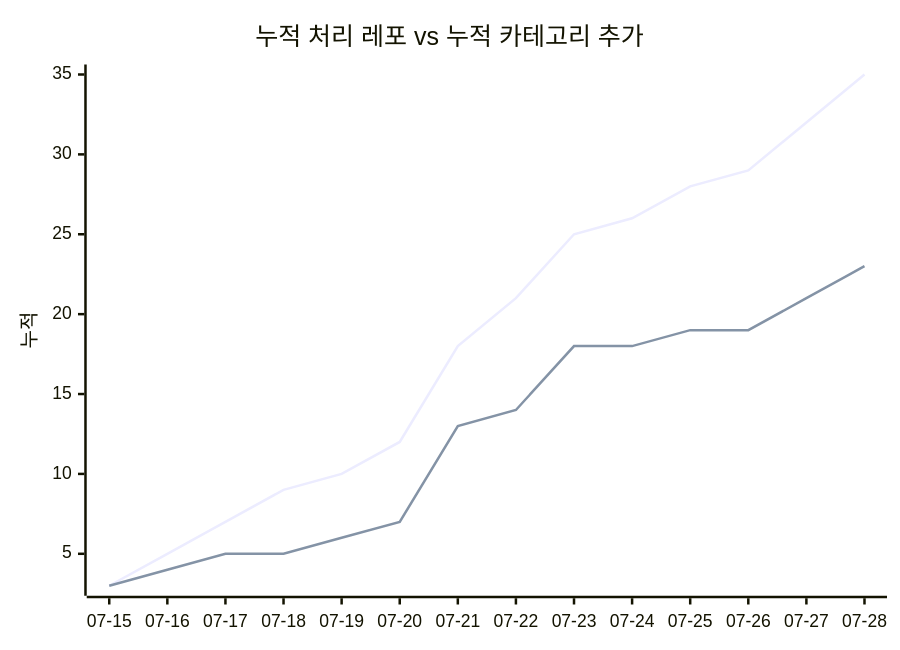
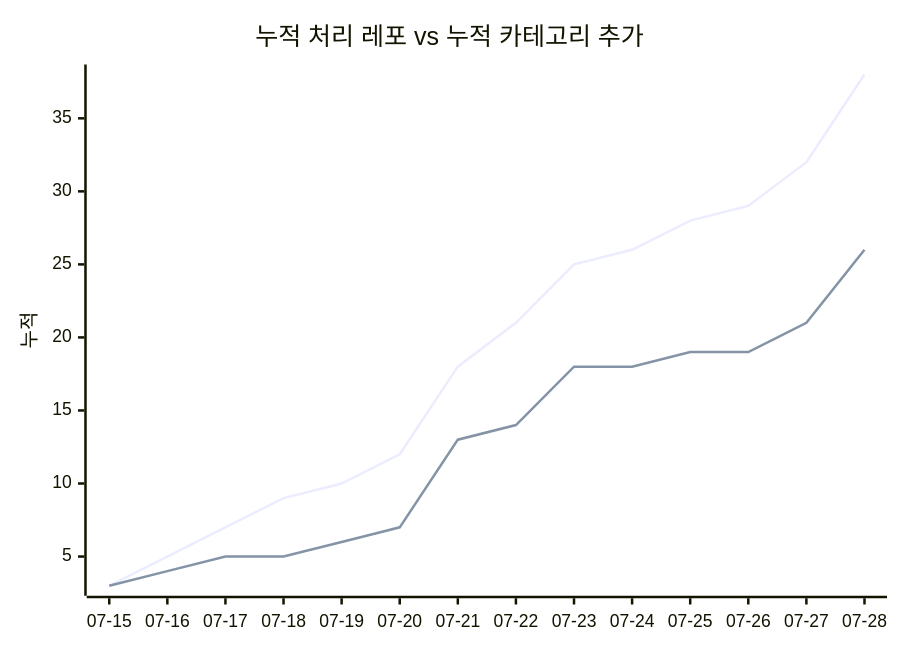
Before and after one commit to J-nowcow/awesome-korean-agent-skills: the second of 2 diagrams in docs/trends.md, drawn with Mermaid. The commit also changed other lines of this file and 6 other files, not shown here.

````diff
--- a/docs/trends.md
+++ b/docs/trends.md
@@ -68,8 +68,8 @@
 ```mermaid
 xychart-beta
     title "누적 처리 레포 vs 누적 카테고리 추가"
     x-axis ["07-15","07-16","07-17","07-18","07-19","07-20","07-21","07-22","07-23","07-24","07-25","07-26","07-27","07-28"]
     y-axis "누적"
-    line [3,5,7,9,10,12,18,21,25,26,28,29,32,35]
-    line [3,4,5,5,6,7,13,14,18,18,19,19,21,23]
+    line [3,5,7,9,10,12,18,21,25,26,28,29,32,38]
+    line [3,4,5,5,6,7,13,14,18,18,19,19,21,26]
 ```
````
